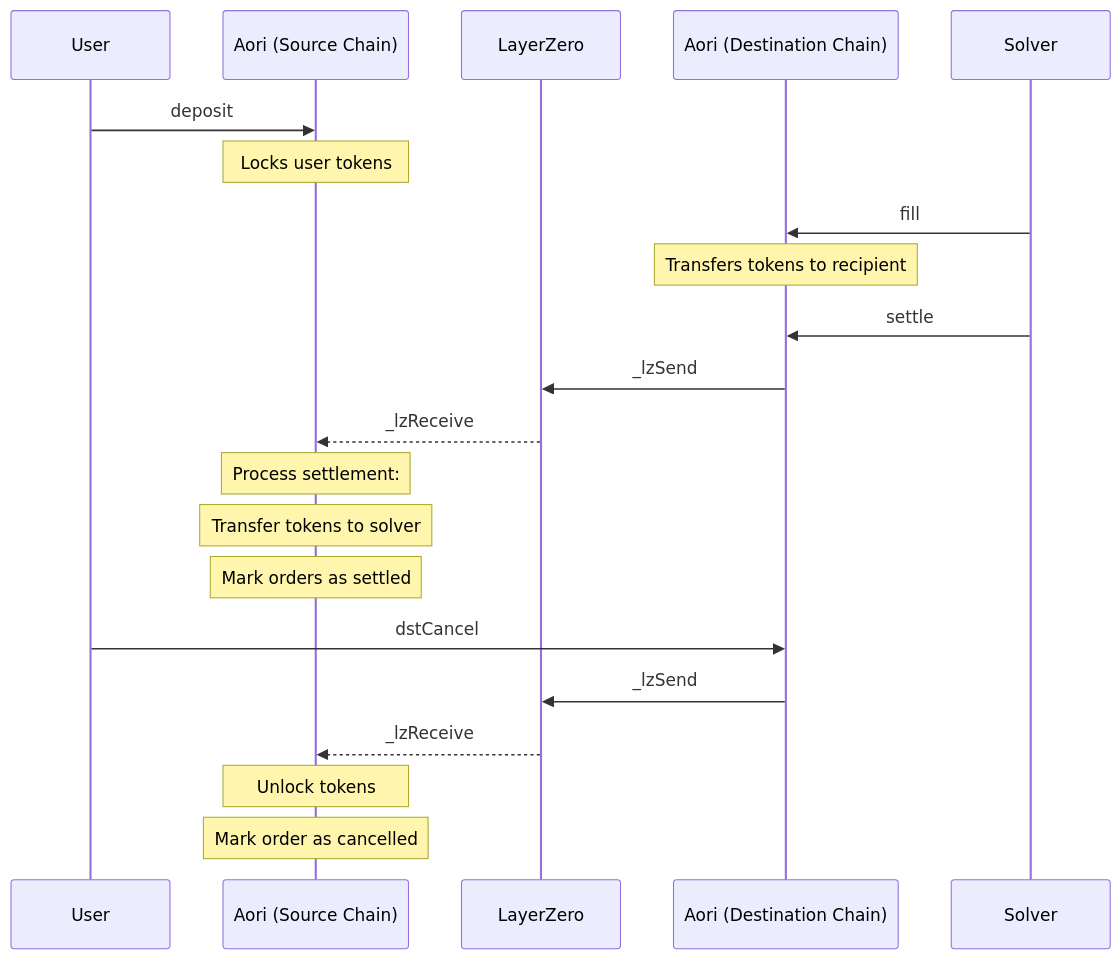
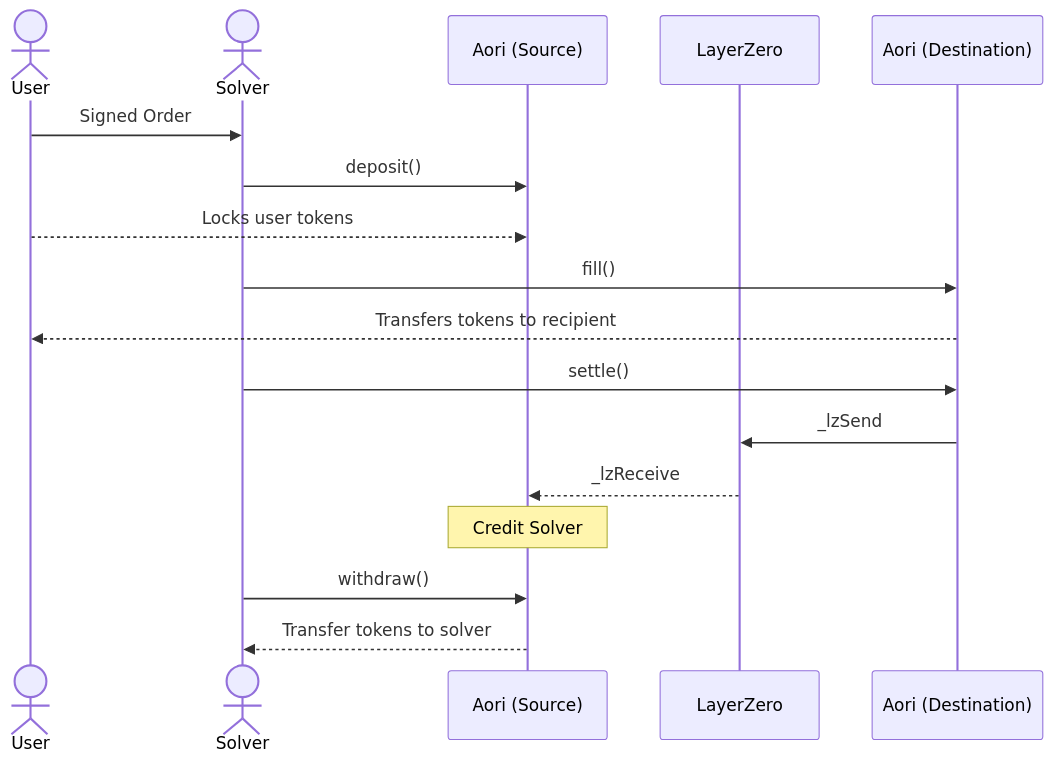
The first of 3 diagrams in README.md (aori-io/aori), drawn with Mermaid before and after one commit. The commit also changed other lines of this file, not shown here.

````diff
--- a/README.md
+++ b/README.md
@@ -11,31 +11,21 @@
 ```mermaid
 sequenceDiagram
-    participant User
-    participant AoriSrc as Aori (Source Chain)
+    actor User
+    actor Solver
+    participant AoriSrc as Aori (Source)
     participant LZ as LayerZero
-    participant AoriDst as Aori (Destination Chain)
-    participant Solver
+    participant AoriDst as Aori (Destination)
 
     %% Order Fill Flow
-    User->>AoriSrc: deposit
-    Note over AoriSrc: Locks user tokens
-    
-    Solver->>AoriDst: fill
-    Note over AoriDst: Transfers tokens to recipient
-    
-    Solver->>AoriDst: settle
+    User->>Solver: Signed Order
+    Solver->>AoriSrc: deposit()
+    User-->>AoriSrc: Locks user tokens
+    Solver->>AoriDst: fill()
+    AoriDst-->>User: Transfers tokens to recipient
+    Solver->>AoriDst: settle()
     AoriDst->>LZ: _lzSend
     LZ-->>AoriSrc: _lzReceive
-    
-    Note over AoriSrc: Process settlement:
-    Note over AoriSrc: Transfer tokens to solver
-    Note over AoriSrc: Mark orders as settled
-
-    %% Cancellation Flow
-    User->>AoriDst: dstCancel
-    AoriDst->>LZ: _lzSend
-    LZ-->>AoriSrc: _lzReceive
-    
-    Note over AoriSrc: Unlock tokens
-    Note over AoriSrc: Mark order as cancelled
+    Note over AoriSrc: Credit Solver
+    Solver->>AoriSrc: withdraw()
+    AoriSrc-->>Solver: Transfer tokens to solver
 ```
````
